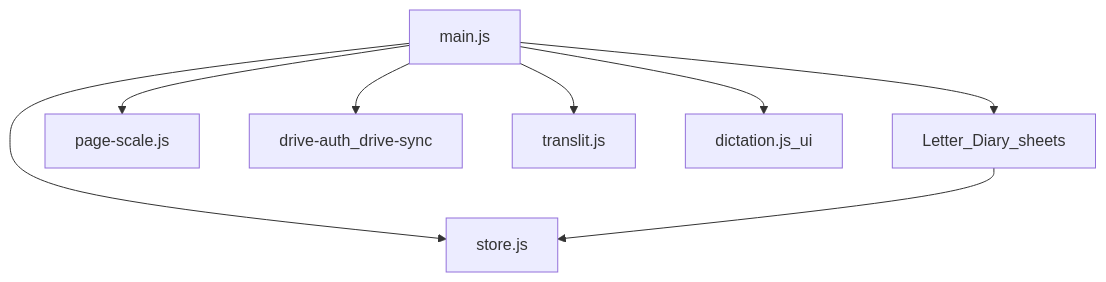
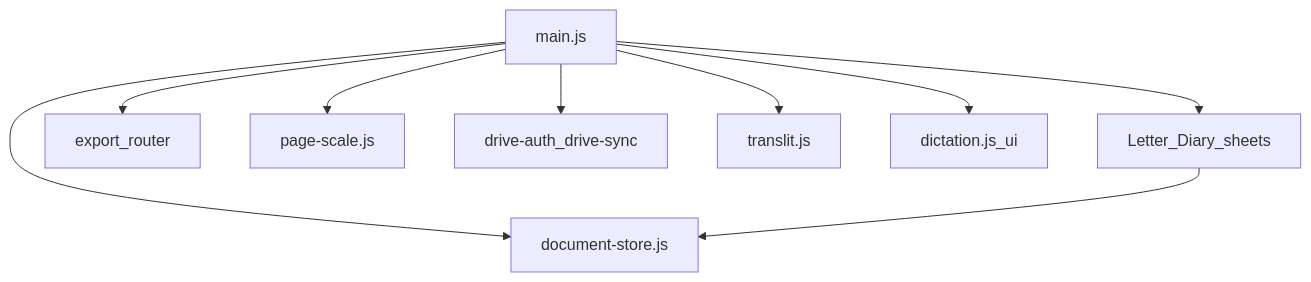
Before and after one commit to arverma/Bihar-Police-Notebook: the second of 2 diagrams in docs/architecture.md, drawn with Mermaid. The commit also changed other lines of this file and 29 other files, not shown here.

````diff
--- a/docs/architecture.md
+++ b/docs/architecture.md
@@ -35,18 +35,20 @@
 ```mermaid
 flowchart TB
   main[main.js]
   sheets[Letter_Diary_sheets]
+  exportPipe[export_router]
   scale[page-scale.js]
-  store[store.js]
+  store[document-store.js]
   drive[drive-auth_drive-sync]
   translit[translit.js]
   dict[dictation.js_ui]
 
   main --> sheets
+  main --> exportPipe
   main --> scale
   main --> store
   main --> drive
   main --> translit
   main --> dict
   sheets --> store
 ```
````
